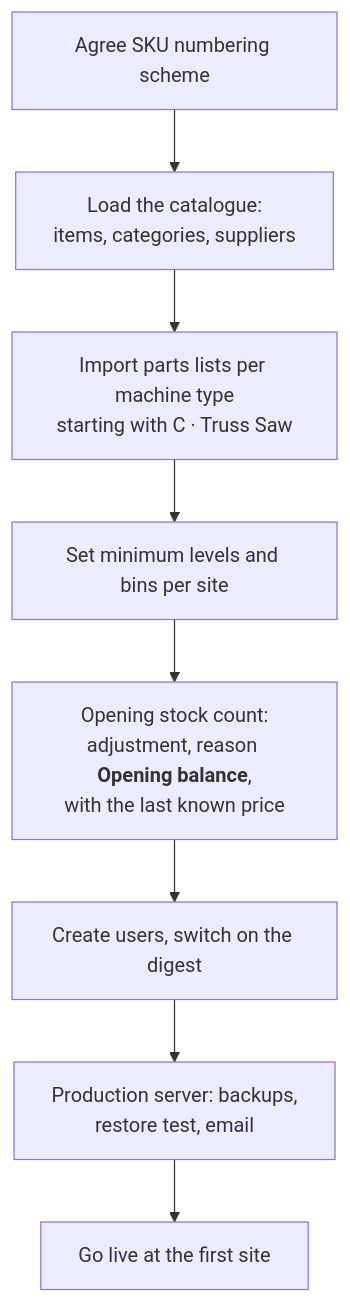
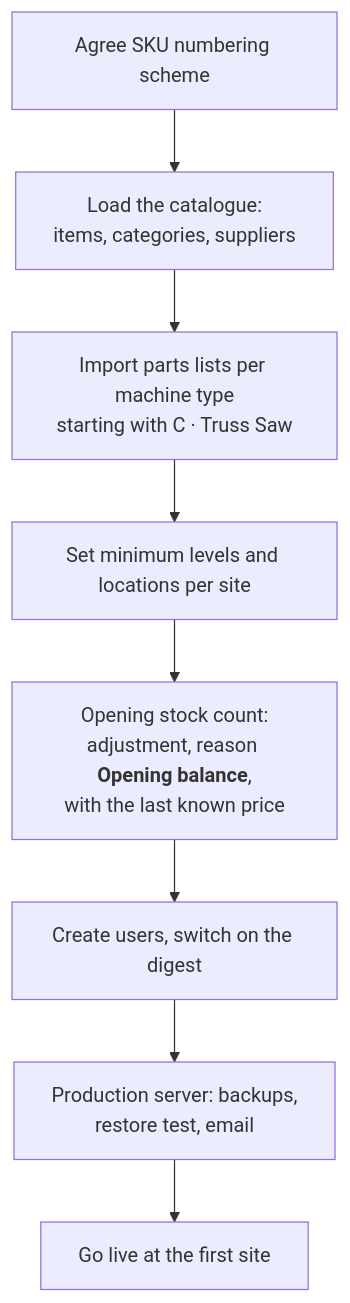
The sixth of 6 diagrams in README.md (Byld-research/ims), drawn with Mermaid before and after one commit. The commit also changed other lines of this file and 54 other files, not shown here.

````diff
--- a/README.md
+++ b/README.md
@@ -182,10 +182,10 @@
 ```mermaid
 flowchart TD
     A[Agree SKU numbering scheme] --> B[Load the catalogue:<br/>items, categories, suppliers]
     B --> C[Import parts lists per machine type<br/>starting with C · Truss Saw]
-    C --> D[Set minimum levels and bins per site]
+    C --> D[Set minimum levels and locations per site]
     D --> E[Opening stock count:<br/>adjustment, reason <b>Opening balance</b>,<br/>with the last known price]
     E --> F[Create users, switch on the digest]
     F --> G[Production server: backups,<br/>restore test, email]
     G --> H[Go live at the first site]
 ```
````
